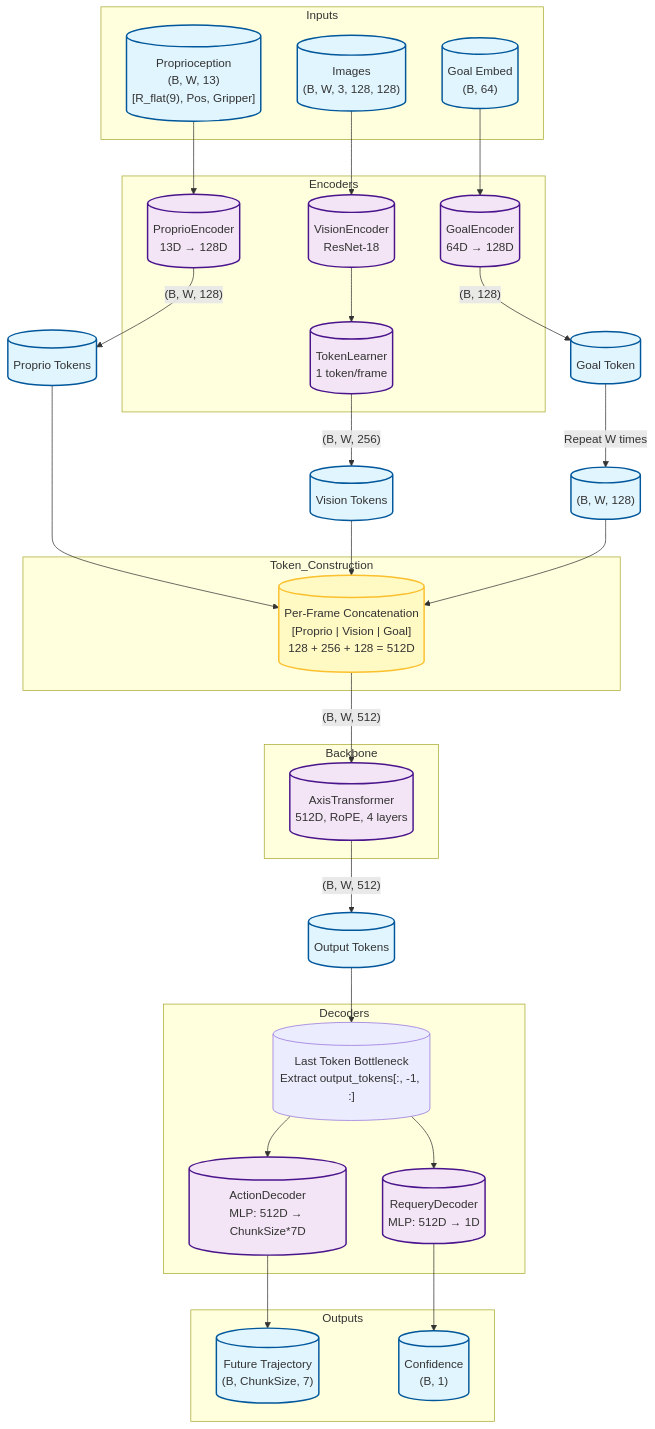
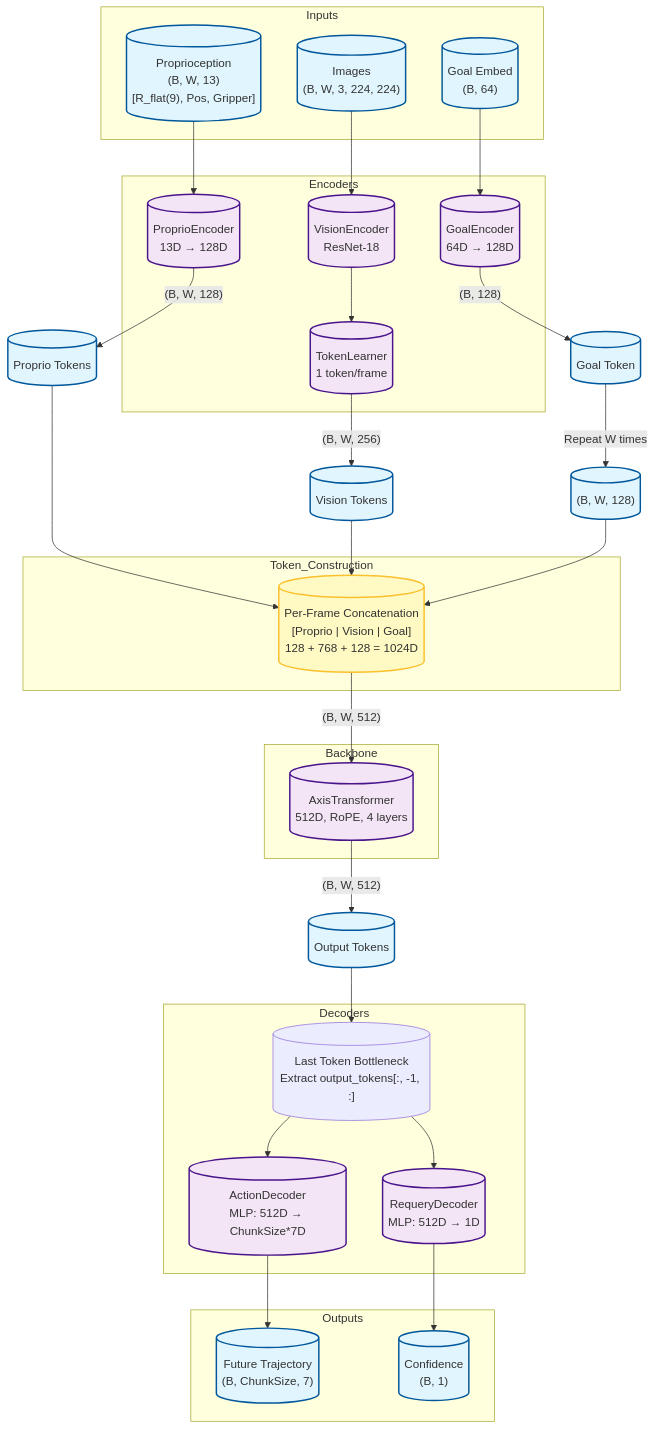
Before and after one commit to Thoooomas14/Axis: the first of 2 diagrams in docs/model_architecture_vis.md, drawn with Mermaid. The commit also changed other lines of this file and 13 other files, not shown here.

````diff
--- a/docs/model_architecture_vis.md
+++ b/docs/model_architecture_vis.md
@@ -7,64 +7,64 @@
 ```mermaid
 graph TD
     subgraph Inputs
-        IMG[("Images<br/>(B, W, 3, 128, 128)")]
+        IMG[("Images<br/>(B, W, 3, 224, 224)")]
         PROP[("Proprioception<br/>(B, W, 13)<br/>[R_flat(9), Pos, Gripper]")]
         GOAL[("Goal Embed<br/>(B, 64)")]
     end
 
     subgraph Encoders
         VE[("VisionEncoder<br/>ResNet-18")]
         PE[("ProprioEncoder<br/>13D → 128D")]
         GE[("GoalEncoder<br/>64D → 128D")]
         TL[("TokenLearner<br/>1 token/frame")]
     end
 
     subgraph Token_Construction
-        CAT[("Per-Frame Concatenation<br/>[Proprio | Vision | Goal]<br/>128 + 256 + 128 = 512D")]
+        CAT[("Per-Frame Concatenation<br/>[Proprio | Vision | Goal]<br/>128 + 768 + 128 = 1024D")]
     end
 
     subgraph Backbone
         TR[("AxisTransformer<br/>512D, RoPE, 4 layers")]
     end
 
     subgraph Decoders
         LT[("Last Token Bottleneck<br/>Extract output_tokens[:, -1, :]")]
         AD[("ActionDecoder<br/>MLP: 512D → ChunkSize*7D")]
         RD[("RequeryDecoder<br/>MLP: 512D → 1D")]
     end
 
     subgraph Outputs
         ACT[("Future Trajectory<br/>(B, ChunkSize, 7)")]
         REQ[("Confidence<br/>(B, 1)")]
     end
 
     %% Connections
     IMG --> VE --> TL
     TL -->|"(B, W, 256)"| VTOK[("Vision Tokens")]
     
     PROP --> PE -->|"(B, W, 128)"| PTOK[("Proprio Tokens")]
     
     GOAL --> GE -->|"(B, 128)"| GTOK[("Goal Token")]
     GTOK -->|"Repeat W times"| GEXP[("(B, W, 128)")]
     
     PTOK --> CAT
     VTOK --> CAT
     GEXP --> CAT
     CAT -->|"(B, W, 512)"| TR
     
     TR -->|"(B, W, 512)"| OUT[("Output Tokens")]
     
     OUT --> LT
     LT --> AD
     LT --> RD
     AD --> ACT
     RD --> REQ
 
     classDef tensor fill:#e1f5fe,stroke:#01579b,stroke-width:2px;
     classDef component fill:#f3e5f5,stroke:#4a148c,stroke-width:2px,rx:10,ry:10;
     classDef logic fill:#fff9c4,stroke:#fbc02d,stroke-width:2px;
 
     class IMG,PROP,GOAL,VTOK,PTOK,GTOK,GEXP,OUT,ACT,REQ tensor;
     class VE,PE,GE,TL,TR,AD,RD component;
     class CAT logic;
 ```
````
